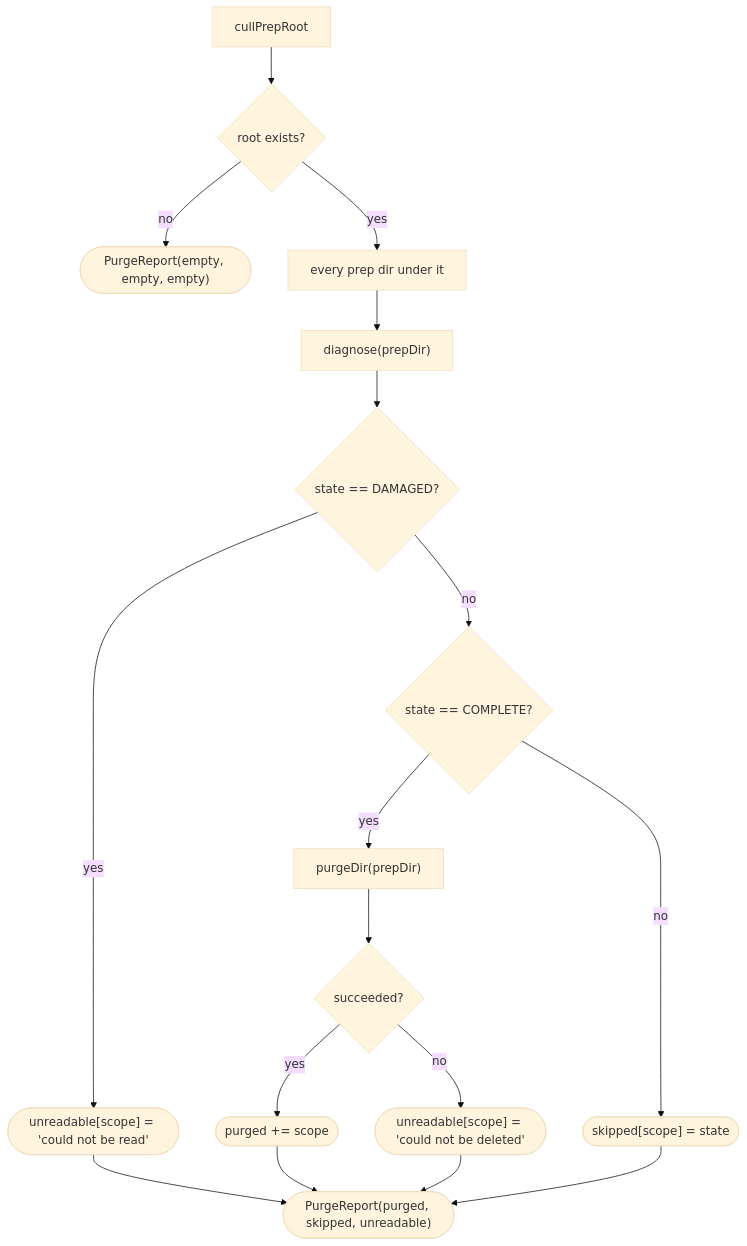
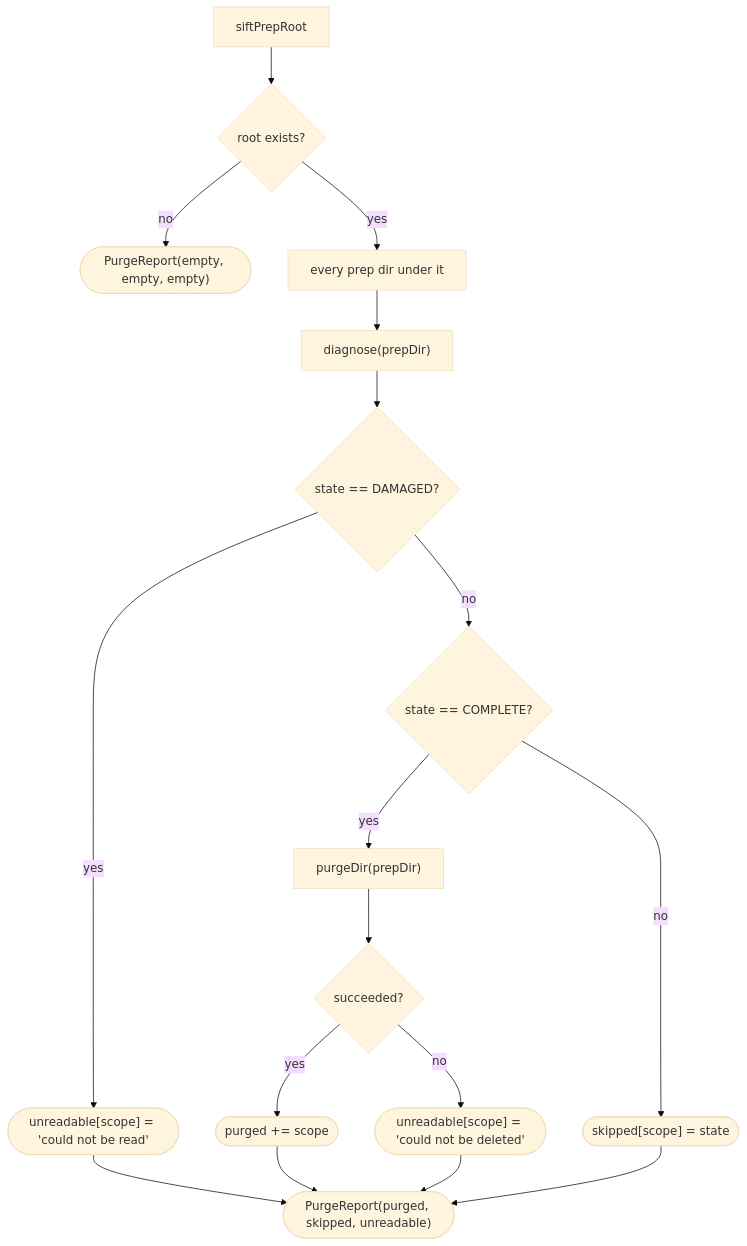
One commit to AdrianNachev91/sluice changed the second of 2 diagrams in app/docs/design/application/service/prep-dir-doctor.md. Above: the diagram before and after it, drawn with Mermaid (base theme). The commit also changed other lines of this file and 379 other files, not shown here.

First line of the commit message:
refactor(sift): cull becomes sift, and the vision port becomes a sieve

````diff
--- a/app/docs/design/application/service/prep-dir-doctor.md
+++ b/app/docs/design/application/service/prep-dir-doctor.md
@@ -105,19 +105,19 @@
 ```mermaid
 flowchart TD
-    A["cullPrepRoot"] --> B{"root exists?"}
+    A["siftPrepRoot"] --> B{"root exists?"}
     B -- no --> Z(["PurgeReport(empty, empty, empty)"])
     B -- yes --> C["every prep dir under it"]
     C --> D["diagnose(prepDir)"]
     D --> J{"state == DAMAGED?"}
     J -- yes --> K(["unreadable[scope] = 'could not be read'"])
     J -- no --> E{"state == COMPLETE?"}
     E -- yes --> F["purgeDir(prepDir)"]
     F --> L{"succeeded?"}
     L -- yes --> G(["purged += scope"])
     L -- no --> M(["unreadable[scope] = 'could not be deleted'"])
     E -- no --> H(["skipped[scope] = state"])
     G --> I(["PurgeReport(purged, skipped, unreadable)"])
     H --> I
     K --> I
     M --> I
 ```
````
